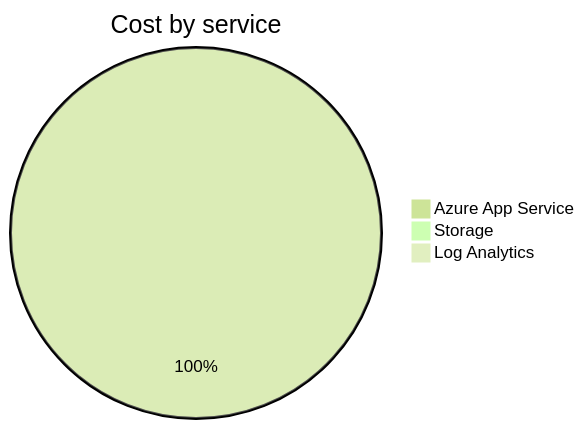
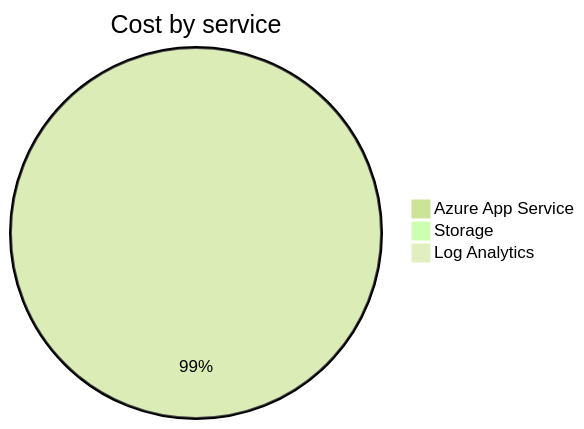
One commit to jpfulton/azure-personal-reports changed the second of 4 diagrams in cost-reports/personal-site/README.md. Above: the diagram before and after it, drawn with Mermaid (forest theme). The commit also changed other lines of this file and 6 other files, not shown here.

````diff
--- a/cost-reports/personal-site/README.md
+++ b/cost-reports/personal-site/README.md
@@ -97,7 +97,7 @@
 ```mermaid
 pie
    title Cost by service
-   "Azure App Service" : 0.89
-   "Storage" : 0.00
+   "Azure App Service" : 1.63
+   "Storage" : 0.01
    "Log Analytics" : 0.00
 ```
````
